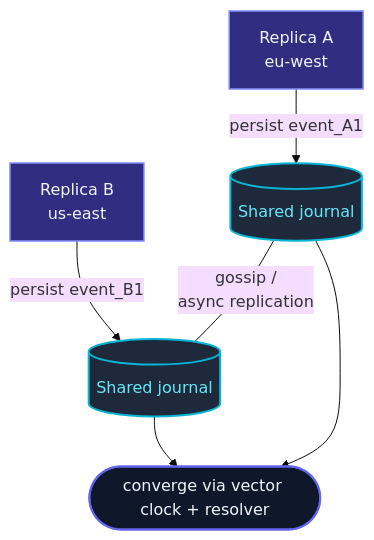
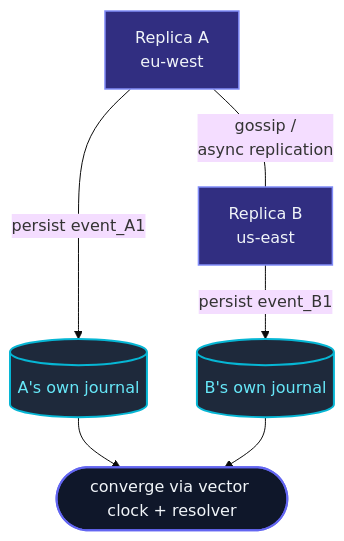
Before and after one commit to pathosDev/actor-ts: the diagram in docs/src/content/docs/persistence/replicated-event-sourcing/overview.mdx, drawn with Mermaid (base theme). The commit also changed other lines of this file and 7 other files, not shown here.

````diff
--- a/docs/src/content/docs/persistence/replicated-event-sourcing/overview.mdx
+++ b/docs/src/content/docs/persistence/replicated-event-sourcing/overview.mdx
@@ -19,19 +19,19 @@
 ```mermaid
 flowchart TB
   A["Replica A<br/>eu-west"]
   B["Replica B<br/>us-east"]
-  JA[("Shared journal")]
-  JB[("Shared journal")]
+  JA[("A's own journal")]
+  JB[("B's own journal")]
   CONV(["converge via vector clock + resolver"])
   A -- "persist event_A1" --> JA
   B -- "persist event_B1" --> JB
-  JA -- "gossip /<br/>async replication" --- JB
+  A -- "gossip /<br/>async replication" --- B
   JA --> CONV
   JB --> CONV
   classDef replica fill:#312e81,stroke:#818cf8,stroke-width:1.5px,color:#f1f5f9;
   classDef store   fill:#1e293b,stroke:#06b6d4,stroke-width:2px,color:#67e8f9;
   classDef merge   fill:#0f172a,stroke:#6366f1,stroke-width:2px,color:#f1f5f9;
   class A,B replica
   class JA,JB store
   class CONV merge
 ```
````
